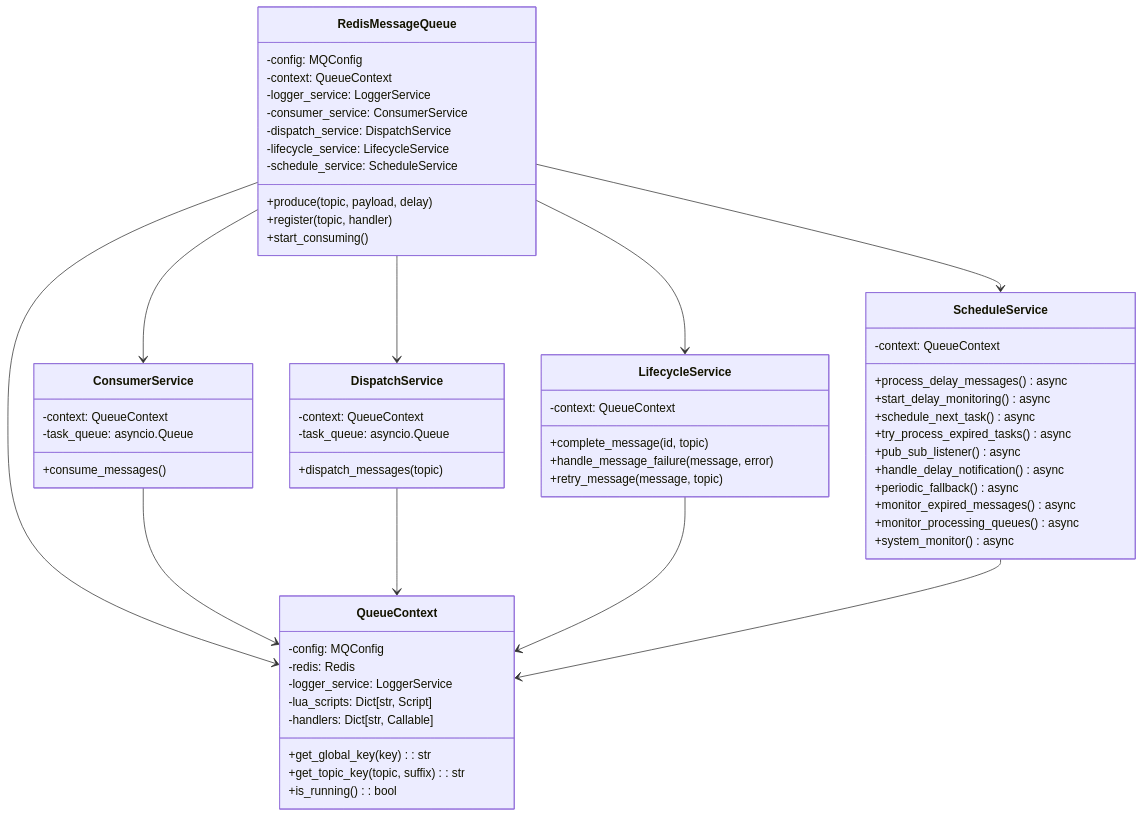
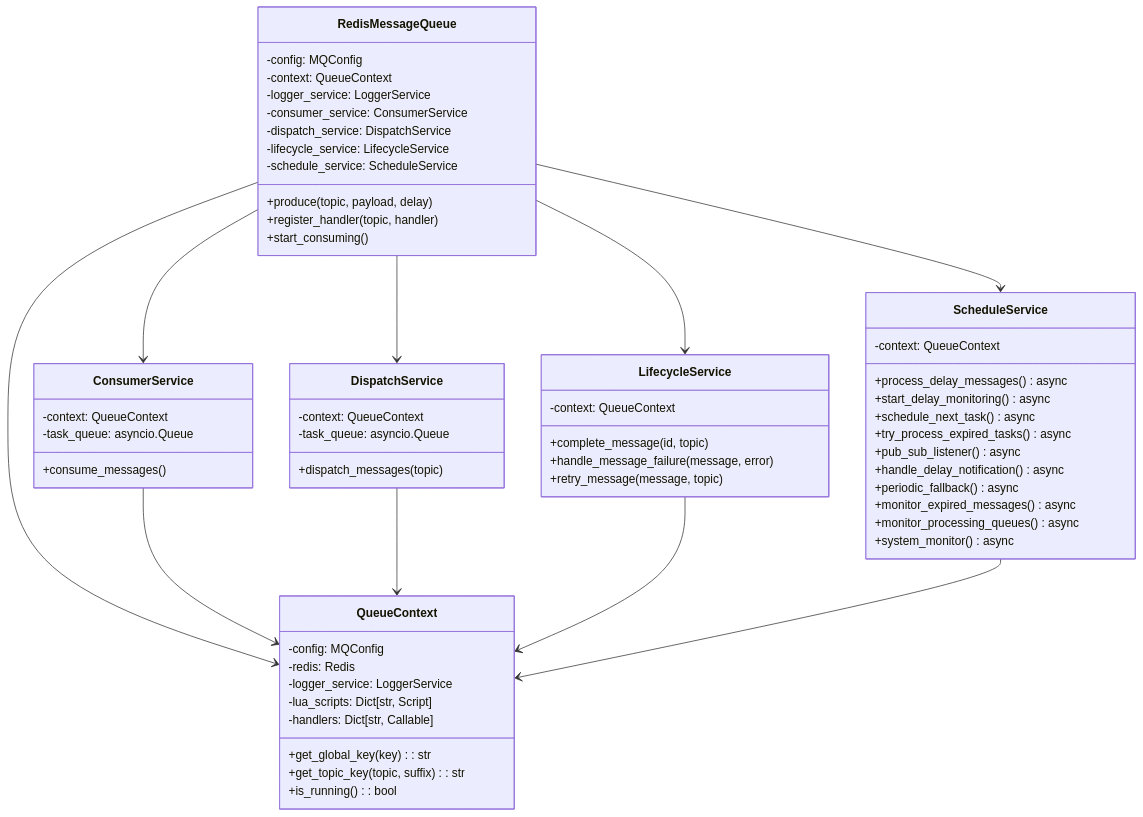
One commit to CodingOX/mx-rmq changed the second of 19 diagrams in docs/设计文档.md. Above: the diagram before and after it, drawn with Mermaid. The commit also changed other lines of this file and 64 other files, not shown here.

````diff
--- a/docs/设计文档.md
+++ b/docs/设计文档.md
@@ -115,71 +115,71 @@
 ```mermaid
 classDiagram
     class RedisMessageQueue {
         -config: MQConfig
         -context: QueueContext
         -logger_service: LoggerService
         -consumer_service: ConsumerService
         -dispatch_service: DispatchService
         -lifecycle_service: LifecycleService
         -schedule_service: ScheduleService
         +produce(topic, payload, delay)
-        +register(topic, handler)
+        +register_handler(topic, handler)
         +start_consuming()
     }
     
     class QueueContext {
         -config: MQConfig
         -redis: Redis
         -logger_service: LoggerService
         -lua_scripts: Dict[str, Script]
         -handlers: Dict[str, Callable]
         +get_global_key(key): str
         +get_topic_key(topic, suffix): str
         +is_running(): bool
     }
     
     class ConsumerService {
         -context: QueueContext
         -task_queue: asyncio.Queue
         +consume_messages()
     }
     
     class DispatchService {
         -context: QueueContext
         -task_queue: asyncio.Queue
         +dispatch_messages(topic)
     }
     
     class LifecycleService {
         -context: QueueContext
         +complete_message(id, topic)
         +handle_message_failure(message, error)
         +retry_message(message, topic)
     }
     
     class ScheduleService {
         -context: QueueContext
         +process_delay_messages() async
         +start_delay_monitoring() async
    
         +schedule_next_task() async
         +try_process_expired_tasks() async
         +pub_sub_listener() async
         +handle_delay_notification() async
         +periodic_fallback() async
         +monitor_expired_messages() async
         +monitor_processing_queues() async
         +system_monitor() async
     }
     
     RedisMessageQueue --> QueueContext
     RedisMessageQueue --> ConsumerService
     RedisMessageQueue --> DispatchService
     RedisMessageQueue --> LifecycleService
     RedisMessageQueue --> ScheduleService
     
     ConsumerService --> QueueContext
     DispatchService --> QueueContext
     LifecycleService --> QueueContext
     ScheduleService --> QueueContext
 ```
````
